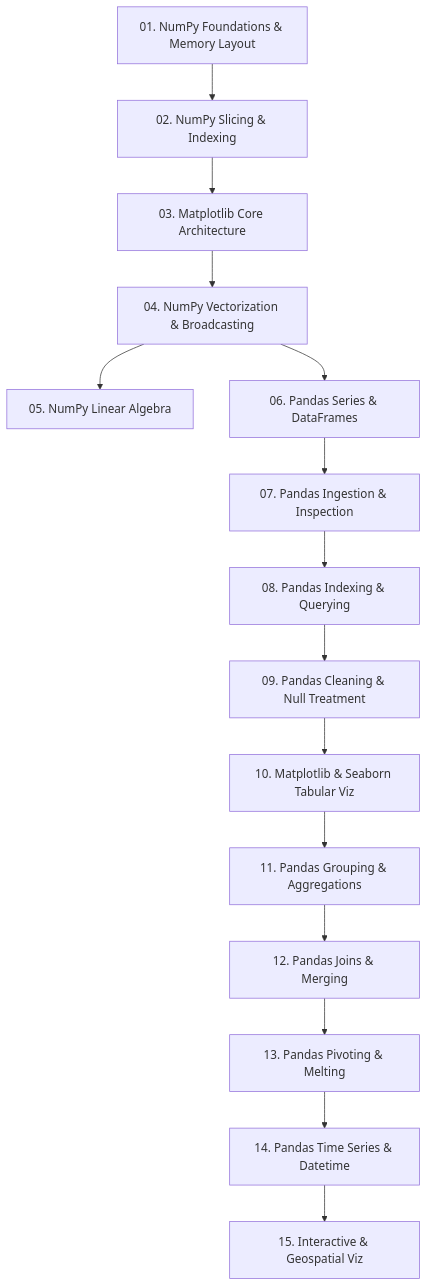
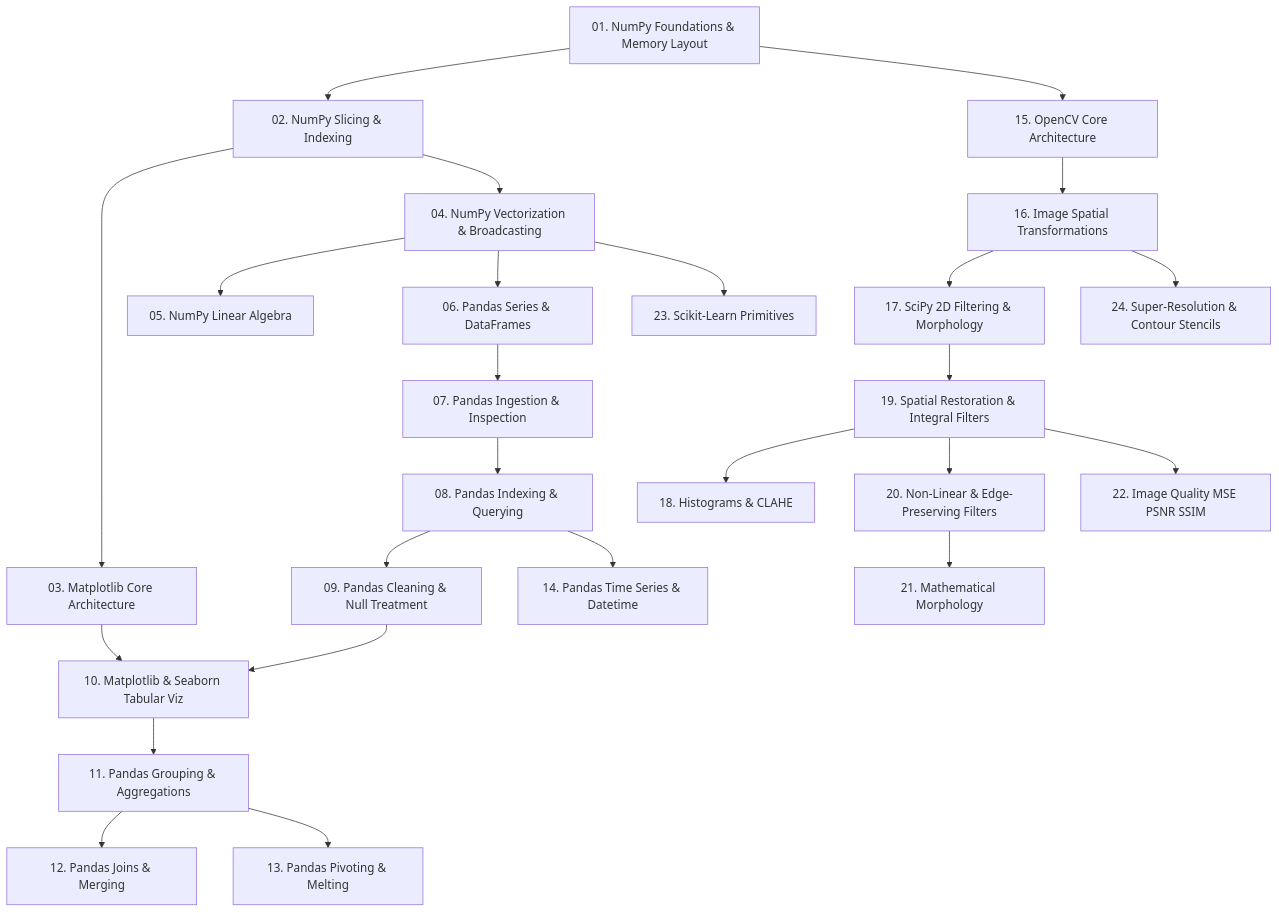
Before and after one commit to Vtheonly/UMBB-Advanced-Image-Processing-and-Python-Data-Sceince-: the diagram in Libraries/00. Library Learning Roadmap.md, drawn with Mermaid. The commit also changed other lines of this file and 119 other files, not shown here.

````diff
--- a/Libraries/00. Library Learning Roadmap.md
+++ b/Libraries/00. Library Learning Roadmap.md
@@ -6,17 +6,27 @@
 ```mermaid
 graph TD
     L01[01. NumPy Foundations & Memory Layout] --> L02[02. NumPy Slicing & Indexing]
     L02 --> L03[03. Matplotlib Core Architecture]
-    L03 --> L04[04. NumPy Vectorization & Broadcasting]
+    L02 --> L04[04. NumPy Vectorization & Broadcasting]
     L04 --> L05[05. NumPy Linear Algebra]
     L04 --> L06[06. Pandas Series & DataFrames]
     L06 --> L07[07. Pandas Ingestion & Inspection]
     L07 --> L08[08. Pandas Indexing & Querying]
     L08 --> L09[09. Pandas Cleaning & Null Treatment]
-    L09 --> L10[10. Matplotlib & Seaborn Tabular Viz]
+    L03 --> L10[10. Matplotlib & Seaborn Tabular Viz]
+    L09 --> L10
     L10 --> L11[11. Pandas Grouping & Aggregations]
     L11 --> L12[12. Pandas Joins & Merging]
-    L12 --> L13[13. Pandas Pivoting & Melting]
-    L13 --> L14[14. Pandas Time Series & Datetime]
-    L14 --> L15[15. Interactive & Geospatial Viz]
+    L11 --> L13[13. Pandas Pivoting & Melting]
+    L08 --> L14[14. Pandas Time Series & Datetime]
+    L01 --> L15[15. OpenCV Core Architecture]
+    L15 --> L16[16. Image Spatial Transformations]
+    L16 --> L17[17. SciPy 2D Filtering & Morphology]
+    L17 --> L19[19. Spatial Restoration & Integral Filters]
+    L19 --> L18[18. Histograms & CLAHE]
+    L19 --> L20[20. Non-Linear & Edge-Preserving Filters]
+    L20 --> L21[21. Mathematical Morphology]
+    L19 --> L22[22. Image Quality MSE PSNR SSIM]
+    L04 --> L23[23. Scikit-Learn Primitives]
+    L16 --> L24[24. Super-Resolution & Contour Stencils]
 ```
````
